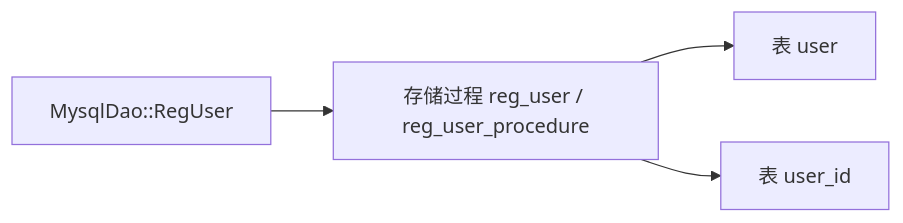
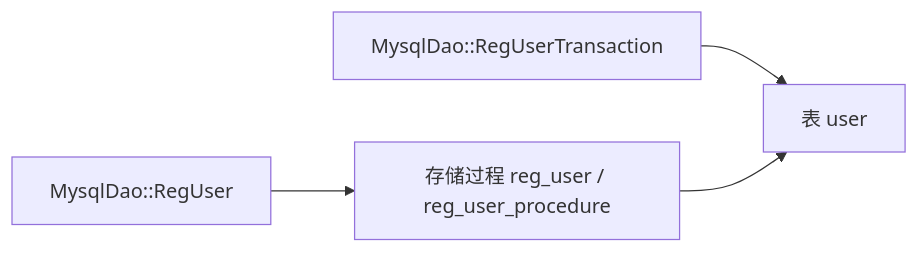
Before and after one commit to echo9923/mychatter: the sixth of 6 diagrams in .qoder/repowiki/zh/content/数据库设计/数据库表结构/数据库存储过程(reg_user, reg_user_procedure).md, drawn with Mermaid. The commit also changed other lines of this file and 58 other files, not shown here.

````diff
--- a/.qoder/repowiki/zh/content/数据库设计/数据库表结构/数据库存储过程(reg_user, reg_user_procedure).md
+++ b/.qoder/repowiki/zh/content/数据库设计/数据库表结构/数据库存储过程(reg_user, reg_user_procedure).md
@@ -212,6 +209,6 @@
 ```mermaid
 graph LR
 DAO["MysqlDao::RegUser"] --> SP["存储过程 reg_user / reg_user_procedure"]
-SP --> TBL_USER["表 user"]
-SP --> TBL_UID["表 user_id"]
+DAO_TX["MysqlDao::RegUserTransaction"] --> TBL_USER["表 user"]
+SP --> TBL_USER
 ```
````
